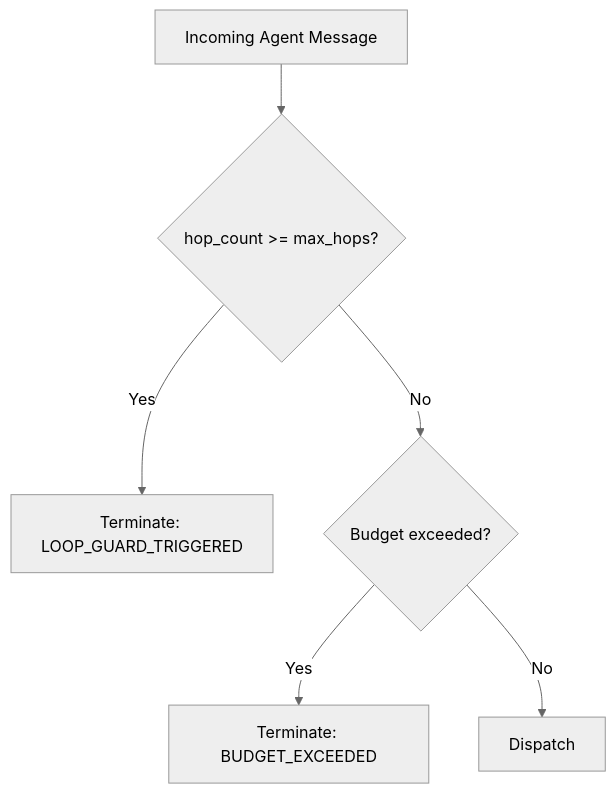
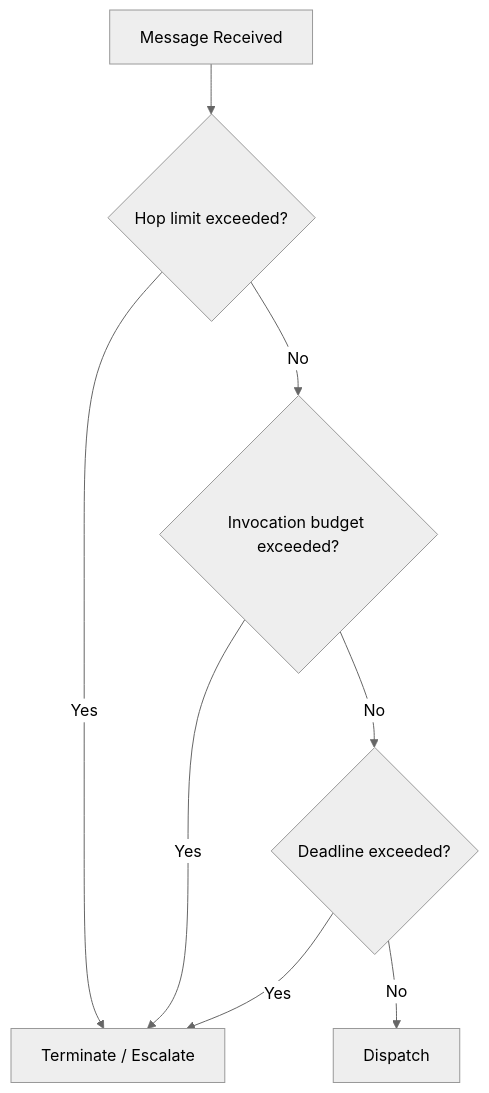
The tenth of 15 diagrams in README.md (Manish927/agentic-threat-intelligence), drawn with Mermaid (neutral theme) before and after one commit. The commit also changed other lines of this file, not shown here.

Commit message:
docs: refine Agentic Threat Intelligence architecture and README

````diff
--- a/README.md
+++ b/README.md
@@ -350,8 +538,12 @@
 ```mermaid
 flowchart TD
-    A[Incoming Agent Message] --> B{hop_count >= max_hops?}
-    B -- Yes --> C[Terminate: LOOP_GUARD_TRIGGERED]
-    B -- No --> D{Budget exceeded?}
-    D -- Yes --> E[Terminate: BUDGET_EXCEEDED]
-    D -- No --> F[Dispatch]
+    A["Message Received"] --> H{"Hop limit exceeded?"}
+    H -- Yes --> X["Terminate / Escalate"]
+    H -- No --> B{"Invocation budget exceeded?"}
+
+    B -- Yes --> X
+    B -- No --> C{"Deadline exceeded?"}
+
+    C -- Yes --> X
+    C -- No --> D["Dispatch"]
 ```
````
